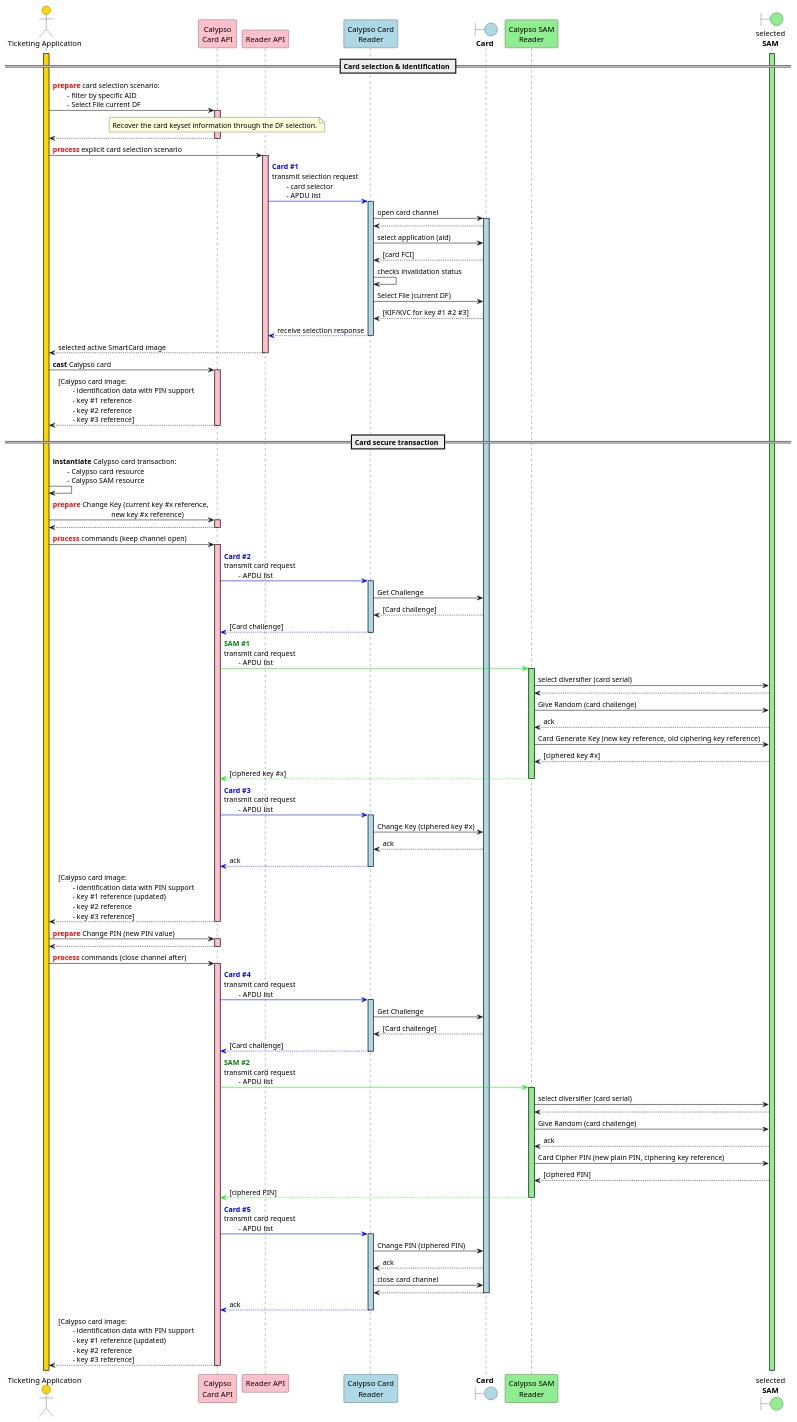
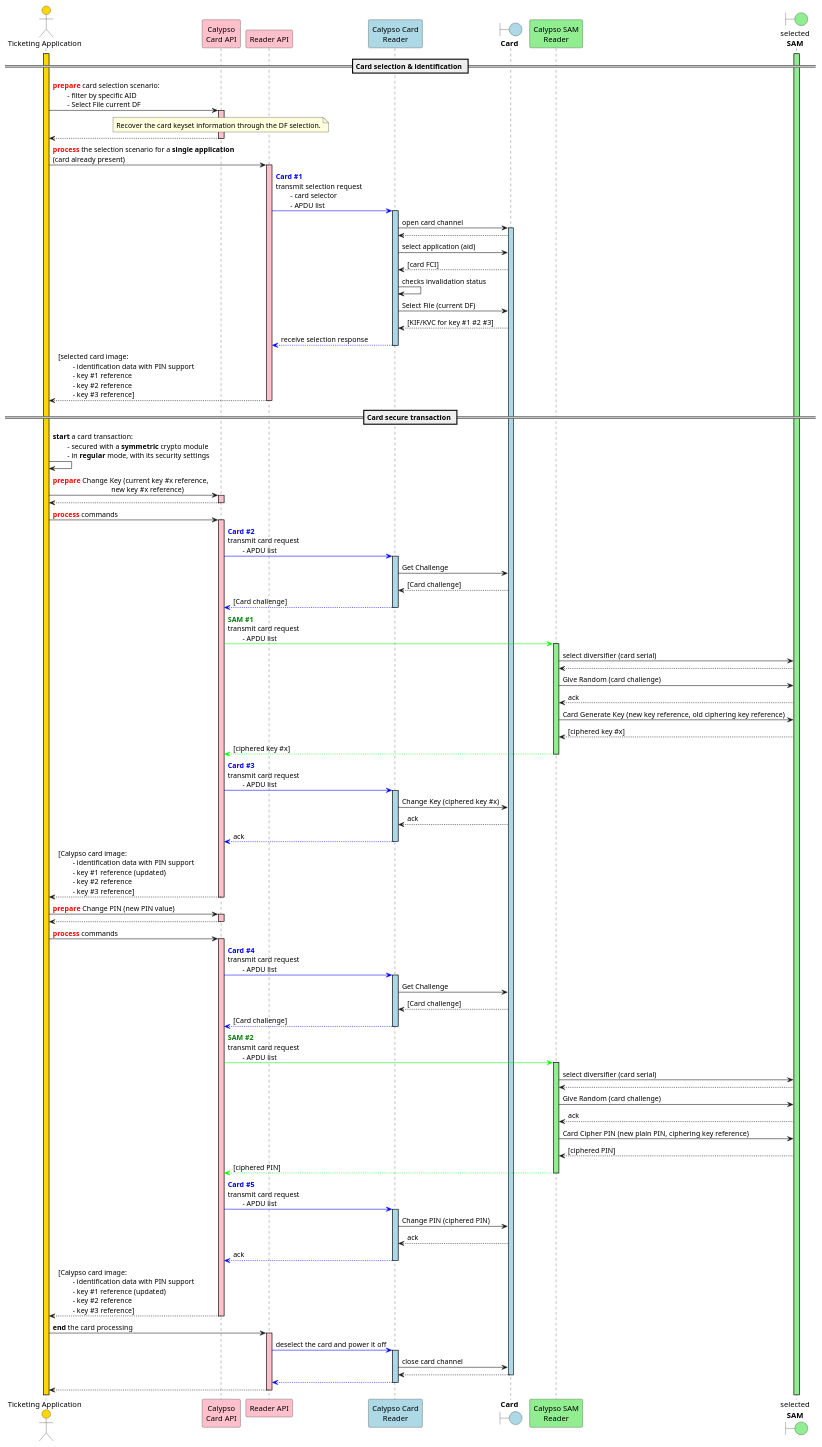
Before and after one commit to calypsonet/calypsonet-terminal-api-website: the diagram in static/media/specifications/calypso_transaction_Change_Key_Ciphered_PIN_sequence_diagram.puml, drawn with PlantUML. The commit also changed 39 other files, not shown here.

Commit message:
docs: enhance UML diagrams and documentation for clarity and consistency (#18)

```diff
--- a/static/media/specifications/calypso_transaction_Change_Key_Ciphered_PIN_sequence_diagram.puml
+++ b/static/media/specifications/calypso_transaction_Change_Key_Ciphered_PIN_sequence_diagram.puml
@@ -1,195 +1,199 @@
 @startuml
 
 'skinparam ClassBorderColor #F1C40F
 skinparam ClassBorderColor #D4AC0D
 skinparam stereotypeABorderColor #A9DCDF
 skinparam stereotypeIBorderColor #B4A7E5
 skinparam stereotypeCBorderColor #ADD1B2
 skinparam stereotypeEBorderColor #EB93DF
 skinparam shadowing false
 
 skinparam StateBorderColor #D4AC0D
 skinparam ActivityBorderColor #D4AC0D
 
 ' Red
 skinparam ClassBackgroundColor<<red>> #FDEDEC
 skinparam ClassBorderColor<<red>> #E74C3C
 hide <<red>> stereotype
 ' Purple
 skinparam ClassBackgroundColor<<purple>> #F4ECF7
 skinparam ClassBorderColor<<purple>> #8E44AD
 hide <<purple>> stereotype
 ' blue
 skinparam ClassBackgroundColor<<blue>> #EBF5FB
 skinparam ClassBorderColor<<blue>> #3498DB
 hide <<blue>> stereotype
 ' Green
 skinparam ClassBackgroundColor<<green>> #EAFAF1
 skinparam ClassBorderColor<<green>> #2ECC71
 hide <<green>> stereotype
 
 ' Orange
 skinparam ClassBackgroundColor<<orange>> #FDF2E9
 skinparam ClassBorderColor<<orange>> #E67E22
 hide <<orange>> stereotype
 
 ' Grey
 skinparam ClassBackgroundColor<<grey>> #EAECEE
 skinparam ClassBorderColor<<grey>> #2C3E50
 hide <<grey>> stereotype
 
 actor "Ticketing Application" as app #gold
 participant "Calypso\nCard API" as capi #pink
 participant "Reader API" as rapi #pink
 participant "Calypso Card\nReader" as cardReader #lightBlue
 boundary "**Card**" as card #lightBlue
 participant "Calypso SAM\nReader" as samReader #lightGreen
 boundary "selected\n**SAM**" as sam #lightGreen
 
 activate app #gold
 activate sam #lightGreen
 
 == Card selection & identification ==
 
 app->capi: <font color=red>**prepare**</font> card selection scenario:\n\t- filter by specific AID\n\t- Select File current DF
 activate capi  #pink
 note over capi
     Recover the card keyset information through the DF selection.
 end note
 
 capi-->app
 deactivate capi
 
-app->rapi: <font color=red>**process**</font> explicit card selection scenario
+app->rapi: <font color=red>**process**</font> the selection scenario for a **single application**\n(card already present)
 activate rapi  #pink
 rapi-[#0000FF]>cardReader: <font color=blue>**Card #1**</font>\ntransmit selection request\n\t- card selector\n\t- APDU list
 activate cardReader #lightBlue
 
 cardReader->card: open card channel
 activate card #lightBlue
 card-->cardReader
 cardReader->card: select application (aid)
 card-->cardReader: [card FCI]
 cardReader->cardReader: checks invalidation status
 
 'group Card APDU commands outside secure session
     cardReader->card: Select File (current DF)
     card-->cardReader: [KIF/KVC for key #1 #2 #3]
 'end
 
 cardReader--[#0000FF]>rapi: receive selection response
 deactivate cardReader
 
-rapi-->app: selected active SmartCard image
+rapi-->app: [selected card image:\n\t- identification data with PIN support\n\t- key #1 reference\n\t- key #2 reference\n\t- key #3 reference]
 deactivate rapi
-
-app->capi: **cast** Calypso card
-activate capi  #pink
-capi-->app: [Calypso card image:\n\t- identification data with PIN support\n\t- key #1 reference\n\t- key #2 reference\n\t- key #3 reference]
-
-deactivate capi
 
 == Card secure transaction ==
 
-app->app: **instantiate** Calypso card transaction:\n\t- Calypso card resource\n\t- Calypso SAM resource
+app->app: **start** a card transaction:\n\t- secured with a **symmetric** crypto module\n\t- in **regular** mode, with its security settings
 
 
 app->capi: <font color=red>**prepare**</font> Change Key (current key #x reference,\n\t\t\t\tnew key #x reference)
 activate capi  #pink
 capi-->app
 deactivate capi
 
-app->capi: <font color=red>**process**</font> commands (keep channel open)
+app->capi: <font color=red>**process**</font> commands
 activate capi  #pink
 
 capi-[#0000FF]>cardReader: <font color=blue>**Card #2**</font>\ntransmit card request\n\t- APDU list
 activate cardReader #lightBlue
 
 'group Card APDU commands inside session
     cardReader->card: Get Challenge
     card-->cardReader: [Card challenge]
 'end
 
 cardReader--[#0000FF]>capi: [Card challenge]
 deactivate cardReader
 
 capi-[#00FF00]>samReader: <font color=green>**SAM #1**</font>\ntransmit card request\n\t- APDU list
 activate samReader #lightGreen
 
 samReader->sam: select diversifier (card serial)
 sam-->samReader
 samReader->sam: Give Random (card challenge)
 sam-->samReader: ack
 samReader->sam: Card Generate Key (new key reference, old ciphering key reference)
 sam-->samReader: [ciphered key #x]
 
 samReader-[#00FF00]->capi: [ciphered key #x]
 deactivate samReader
 
 capi-[#0000FF]>cardReader: <font color=blue>**Card #3**</font>\ntransmit card request\n\t- APDU list
 activate cardReader #lightBlue
 
 'group Card APDU commands inside session
     cardReader->card: Change Key (ciphered key #x)
     card-->cardReader: ack
 'end
 
 
 cardReader-[#0000FF]->capi: ack
 deactivate cardReader
 
 capi-->app: [Calypso card image:\n\t- identification data with PIN support\n\t- key #1 reference (updated)\n\t- key #2 reference\n\t- key #3 reference]
 deactivate capi
 
 app->capi: <font color=red>**prepare**</font> Change PIN (new PIN value)
 activate capi  #pink
 capi-->app
 deactivate capi
 
-app->capi: <font color=red>**process**</font> commands (close channel after)
+app->capi: <font color=red>**process**</font> commands
 activate capi  #pink
 
 capi-[#0000FF]>cardReader: <font color=blue>**Card #4**</font>\ntransmit card request\n\t- APDU list
 activate cardReader #lightBlue
 
 'group Card APDU commands inside session
     cardReader->card: Get Challenge
     card-->cardReader: [Card challenge]
 'end
 
 cardReader--[#0000FF]>capi: [Card challenge]
 deactivate cardReader
 
 capi-[#00FF00]>samReader: <font color=green>**SAM #2**</font>\ntransmit card request\n\t- APDU list
 activate samReader #lightGreen
 
 samReader->sam: select diversifier (card serial)
 sam-->samReader
 samReader->sam: Give Random (card challenge)
 sam-->samReader: ack
 samReader->sam: Card Cipher PIN (new plain PIN, ciphering key reference)
 sam-->samReader: [ciphered PIN]
 
 samReader-[#00FF00]->capi: [ciphered PIN]
 deactivate samReader
 
 capi-[#0000FF]>cardReader: <font color=blue>**Card #5**</font>\ntransmit card request\n\t- APDU list
 activate cardReader #lightBlue
 
 'group Card APDU commands inside session
     cardReader->card: Change PIN (ciphered PIN)
     card-->cardReader: ack
 'end
 
-cardReader->card: close card channel
-card-->cardReader
-deactivate card
 
 cardReader-[#0000FF]->capi: ack
 deactivate cardReader
 
 capi-->app: [Calypso card image:\n\t- identification data with PIN support\n\t- key #1 reference (updated)\n\t- key #2 reference\n\t- key #3 reference]
 deactivate capi
 
 deactivate capi
+
+app->rapi: **end** the card processing
+activate rapi  #pink
+rapi-[#0000FF]>cardReader: deselect the card and power it off
+activate cardReader #lightBlue
+cardReader->card: close card channel
+card-->cardReader
+deactivate card
+cardReader--[#0000FF]>rapi
+deactivate cardReader
+rapi-->app
+deactivate rapi
+
 @enduml
```
